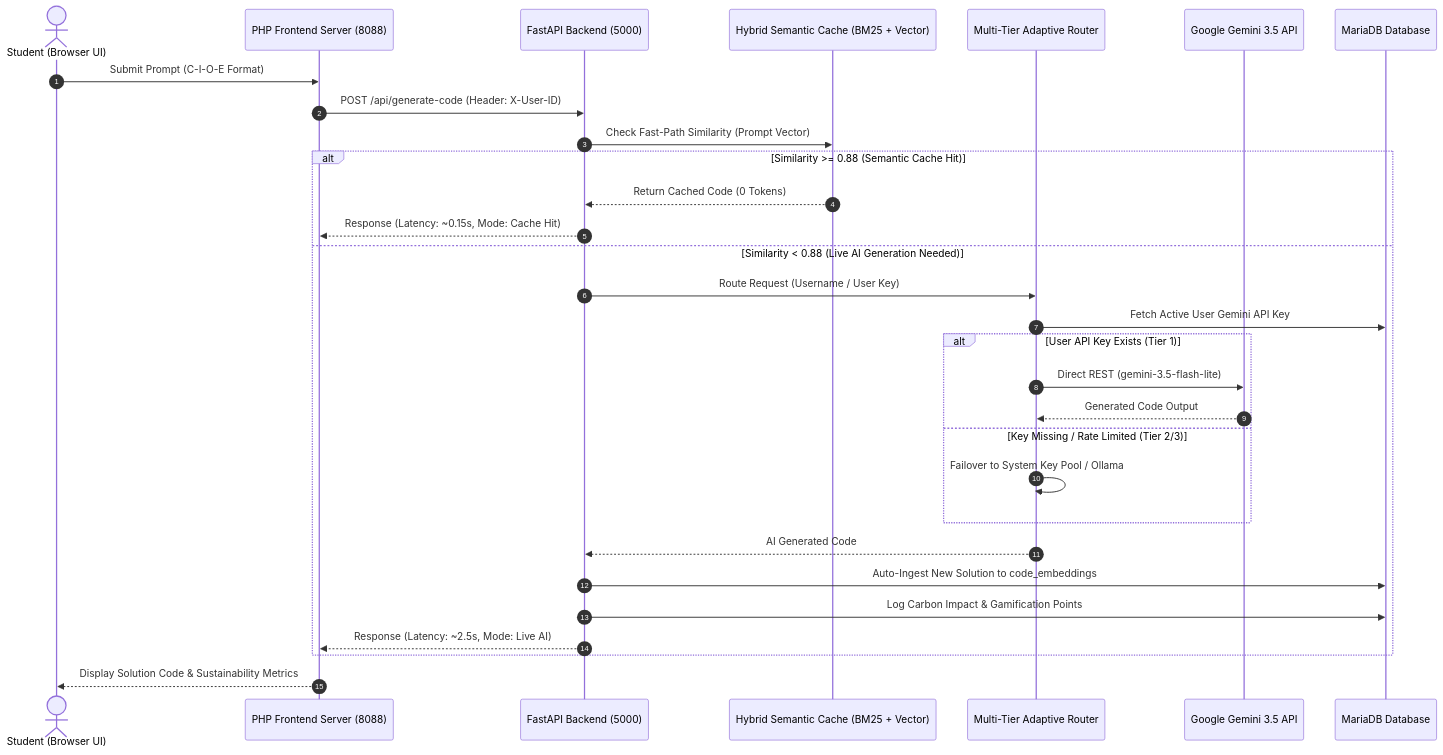
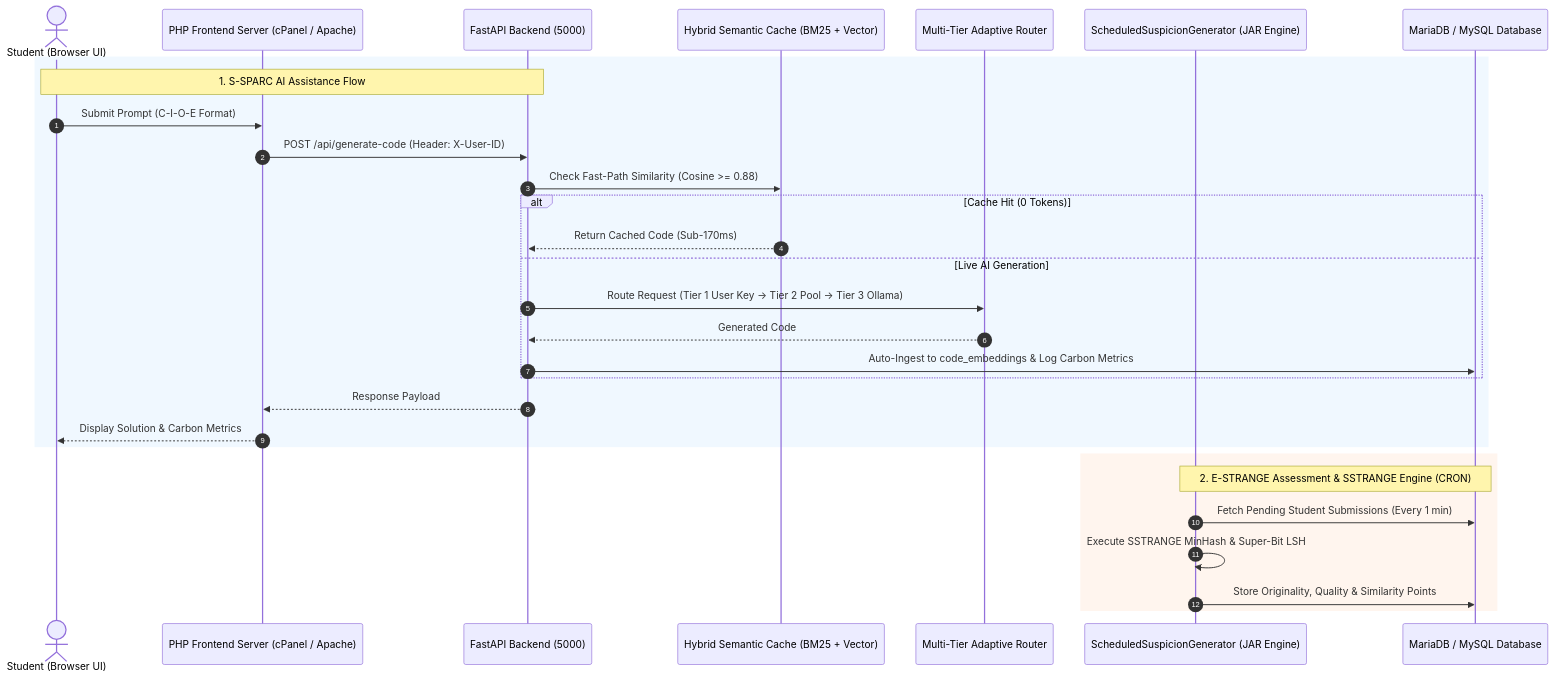
Before and after one commit to 06202003/s-sparc: the diagram in README.md, drawn with Mermaid. The commit also changed other lines of this file, not shown here.

Commit message:
docs: add explicit definitions for E-STRANGE, SSTRANGE, S-SPARC AI, and their integration flow

````diff
--- a/README.md
+++ b/README.md
@@ -99,35 +130,34 @@
 ```mermaid
 sequenceDiagram
     autonumber
     actor Student as Student (Browser UI)
-    participant PHP as PHP Frontend Server (8088)
+    participant PHP as PHP Frontend Server (cPanel / Apache)
     participant API as FastAPI Backend (5000)
     participant Cache as Hybrid Semantic Cache (BM25 + Vector)
     participant Router as Multi-Tier Adaptive Router
-    participant Gemini as Google Gemini 3.5 API
-    participant DB as MariaDB Database
+    participant Java as ScheduledSuspicionGenerator (JAR Engine)
+    participant DB as MariaDB / MySQL Database
 
-    Student->>PHP: Submit Prompt (C-I-O-E Format)
-    PHP->>API: POST /api/generate-code (Header: X-User-ID)
-    API->>Cache: Check Fast-Path Similarity (Prompt Vector)
-    
-    alt Similarity >= 0.88 (Semantic Cache Hit)
-        Cache-->>API: Return Cached Code (0 Tokens)
-        API-->>PHP: Response (Latency: ~0.15s, Mode: Cache Hit)
-    else Similarity < 0.88 (Live AI Generation Needed)
-        API->>Router: Route Request (Username / User Key)
-        Router->>DB: Fetch Active User Gemini API Key
-        alt User API Key Exists (Tier 1)
-            Router->>Gemini: Direct REST (gemini-3.5-flash-lite)
-            Gemini-->>Router: Generated Code Output
-        else Key Missing / Rate Limited (Tier 2/3)
-            Router->>Router: Failover to System Key Pool / Ollama
+    rect rgb(240, 248, 255)
+        Note over Student, API: 1. S-SPARC AI Assistance Flow
+        Student->>PHP: Submit Prompt (C-I-O-E Format)
+        PHP->>API: POST /api/generate-code (Header: X-User-ID)
+        API->>Cache: Check Fast-Path Similarity (Cosine >= 0.88)
+        alt Cache Hit (0 Tokens)
+            Cache-->>API: Return Cached Code (Sub-170ms)
+        else Live AI Generation
+            API->>Router: Route Request (Tier 1 User Key -> Tier 2 Pool -> Tier 3 Ollama)
+            Router-->>API: Generated Code
+            API->>DB: Auto-Ingest to code_embeddings & Log Carbon Metrics
         end
-        Router-->>API: AI Generated Code
-        API->>DB: Auto-Ingest New Solution to code_embeddings
-        API->>DB: Log Carbon Impact & Gamification Points
-        API-->>PHP: Response (Latency: ~2.5s, Mode: Live AI)
+        API-->>PHP: Response Payload
+        PHP-->>Student: Display Solution & Carbon Metrics
     end
 
-    PHP-->>Student: Display Solution Code & Sustainability Metrics
+    rect rgb(255, 245, 238)
+        Note over Java, DB: 2. E-STRANGE Assessment & SSTRANGE Engine (CRON)
+        Java->>DB: Fetch Pending Student Submissions (Every 1 min)
+        Java->>Java: Execute SSTRANGE MinHash & Super-Bit LSH
+        Java->>DB: Store Originality, Quality & Similarity Points
+    end
 ```
````
